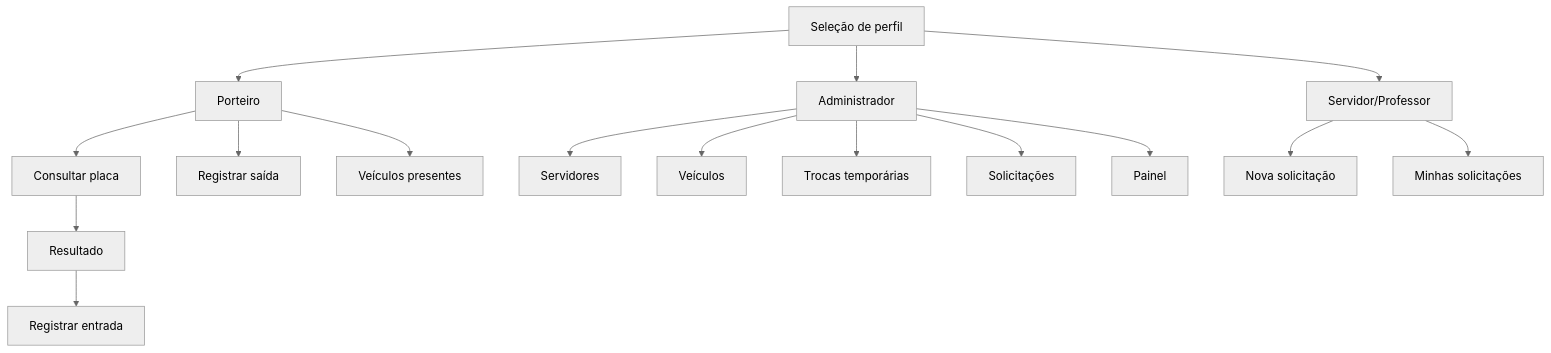
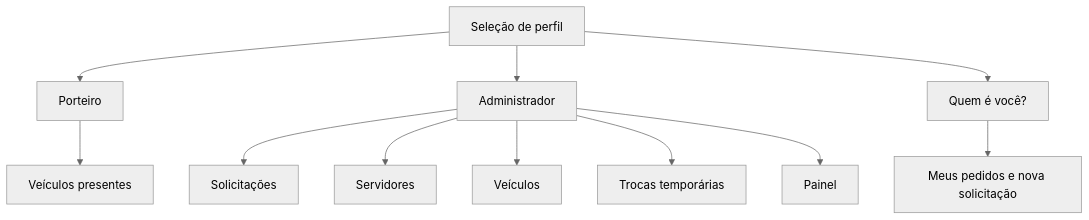
Before and after one commit to 0pmm/Projeto_SmartPark_Guarita: the diagram in Documentos/Prototipo.md, drawn with Mermaid (neutral theme). The commit also changed other lines of this file and 29 other files, not shown here.

````diff
--- a/Documentos/Prototipo.md
+++ b/Documentos/Prototipo.md
@@ -10,16 +10,13 @@
 ```mermaid
 flowchart TD
     Inicio[Seleção de perfil] --> Porteiro[Porteiro]
     Inicio --> Admin[Administrador]
-    Inicio --> Servidor[Servidor/Professor]
-    Porteiro --> Consulta[Consultar placa] --> Resultado[Resultado] --> Entrada[Registrar entrada]
-    Porteiro --> Saida[Registrar saída]
+    Inicio --> Quem[Quem é você?]
     Porteiro --> Presentes[Veículos presentes]
+    Admin --> Solicitacoes[Solicitações]
     Admin --> Servidores[Servidores]
     Admin --> Veiculos[Veículos]
     Admin --> Trocas[Trocas temporárias]
-    Admin --> Solicitacoes[Solicitações]
     Admin --> Painel[Painel]
-    Servidor --> Nova[Nova solicitação]
-    Servidor --> Minhas[Minhas solicitações]
+    Quem --> ServidorHome[Meus pedidos e nova solicitação]
 ```
````
